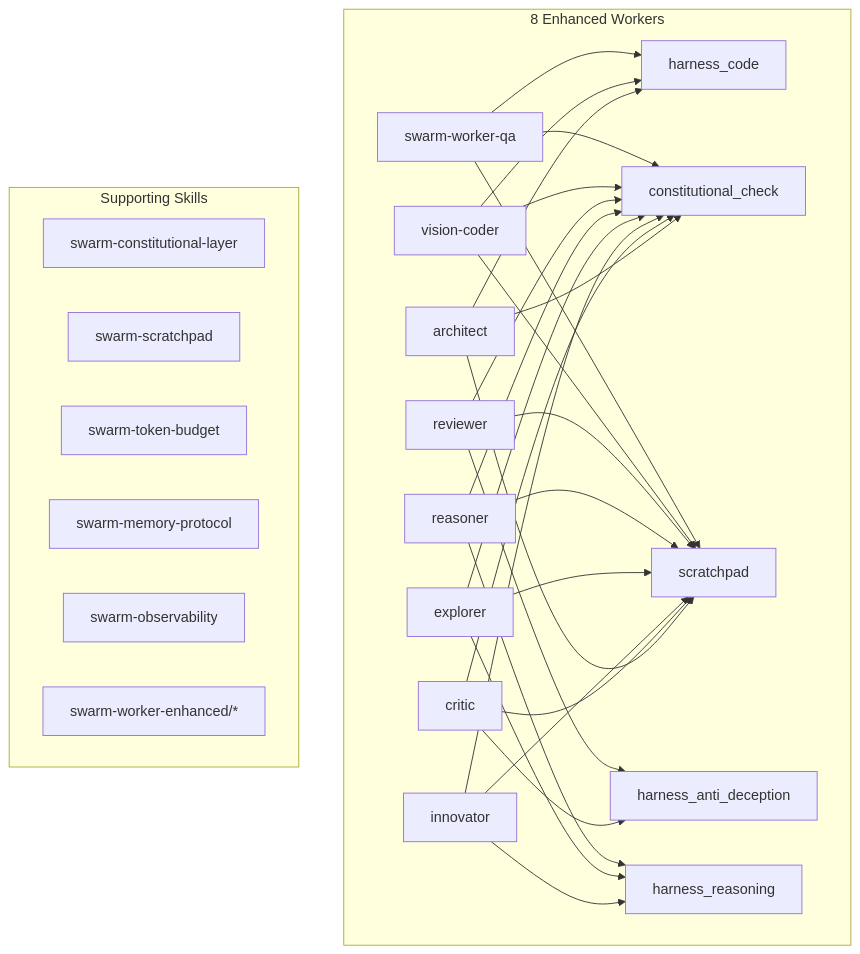
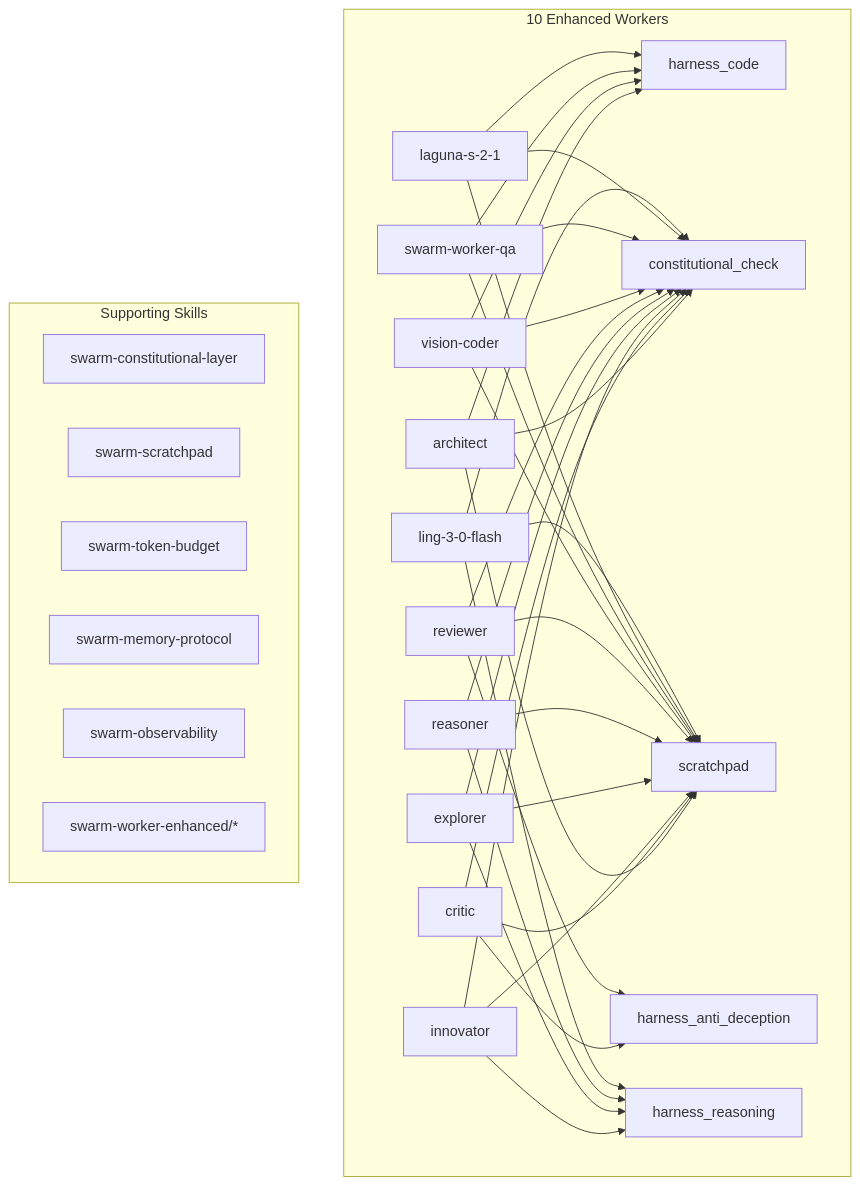
Before and after one commit to MohamedNamper333/swarm-agent: the third of 3 diagrams in SWARM-EVOLUTION-PLAN.md, drawn with Mermaid. The commit also changed other lines of this file and 39 other files, not shown here.

First line of the commit message:
Update swarm workers 8 → 10: add Laguna S 2.1 Free + ling-3.0-flash Free

````diff
--- a/SWARM-EVOLUTION-PLAN.md
+++ b/SWARM-EVOLUTION-PLAN.md
@@ -127,45 +127,53 @@
 ```mermaid
 graph TB
-    subgraph "8 Enhanced Workers"
+    subgraph "10 Enhanced Workers"
         W1[architect] --> H1[harness_code]
         W1 --> S1[constitutional_check]
         W1 --> SC1[scratchpad]
         
         W2[critic] --> H2[harness_anti_deception]
         W2 --> S1
         W2 --> SC1
         
         W3[innovator] --> H3[harness_reasoning]
         W3 --> S1
         W3 --> SC1
         
         W4[explorer] --> H3
         W4 --> S1
         W4 --> SC1
         
         W5[reasoner] --> H3
         W5 --> S1
         W5 --> SC1
         
         W6[reviewer] --> H2
         W6 --> S1
         W6 --> SC1
         
         W7[vision-coder] --> H1
         W7 --> S1
         W7 --> SC1
         
         W8[swarm-worker-qa] --> H1
         W8 --> S1
         W8 --> SC1
+        
+        W9[laguna-s-2-1] --> H1
+        W9 --> S1
+        W9 --> SC1
+        
+        W10[ling-3-0-flash] --> H3
+        W10 --> S1
+        W10 --> SC1
     end
     
     subgraph "Supporting Skills"
         SK1[swarm-constitutional-layer]
         SK2[swarm-scratchpad]
         SK3[swarm-token-budget]
         SK4[swarm-memory-protocol]
         SK5[swarm-observability]
-        SK6-13[swarm-worker-enhanced/*]
+        SK6-15[swarm-worker-enhanced/*]
     end
 ```
````
